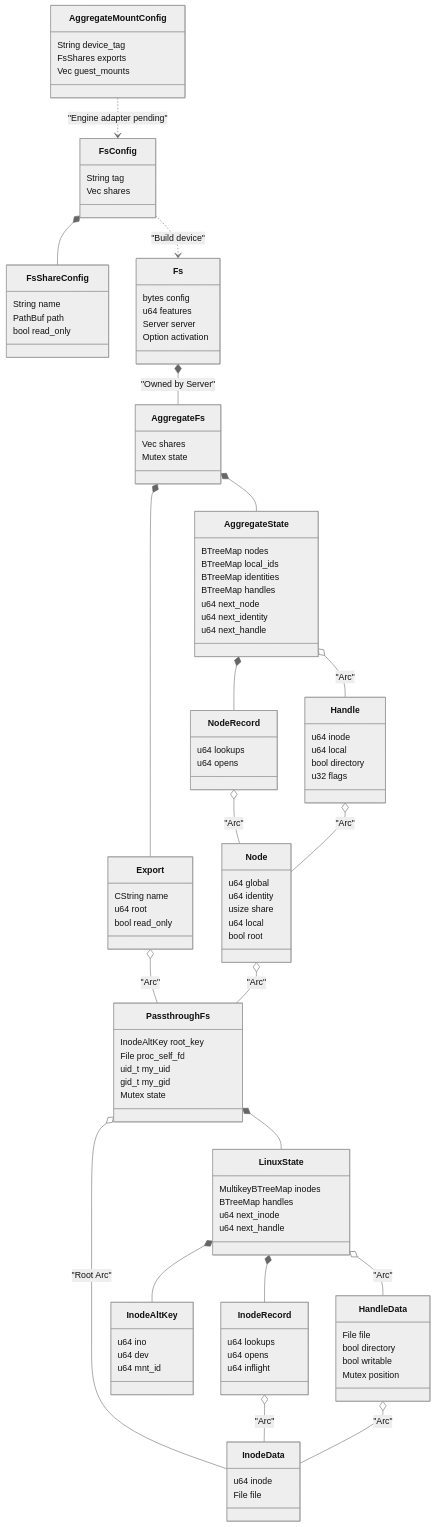
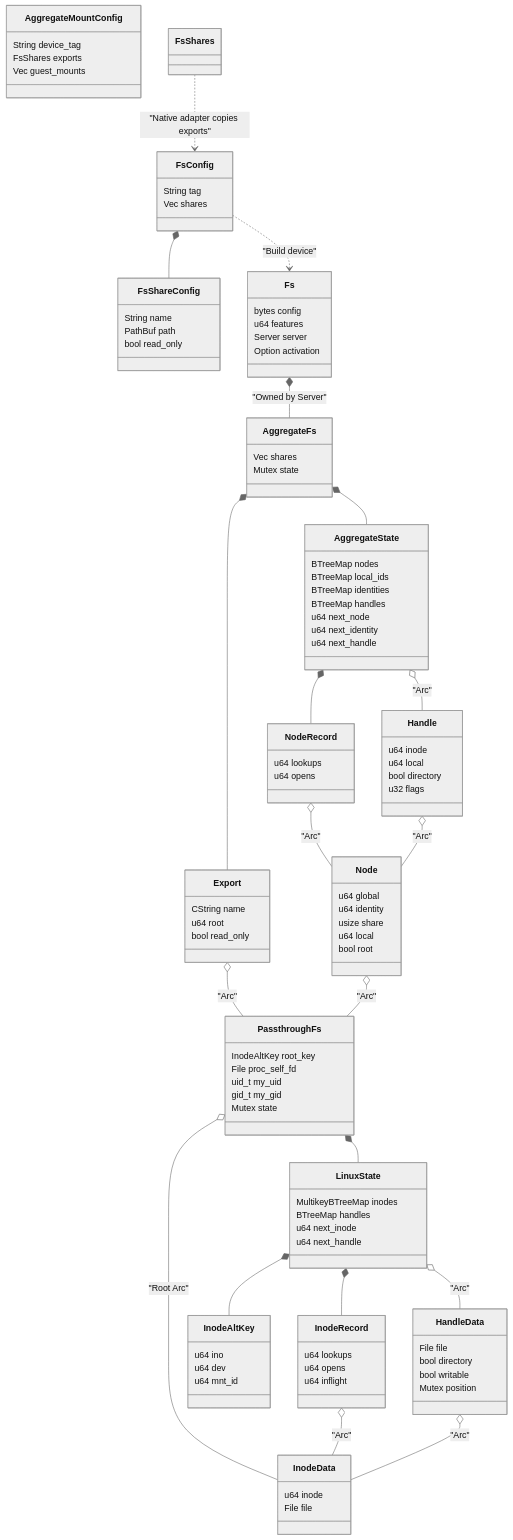
Before and after one commit to boxlite-ai/boxlite: the second of 5 diagrams in docs/contributing/architecture/vmm/virtio-fs.md, drawn with Mermaid (neutral theme). The commit also changed other lines of this file and 51 other files, not shown here.

```diff
--- a/docs/contributing/architecture/vmm/virtio-fs.md
+++ b/docs/contributing/architecture/vmm/virtio-fs.md
@@ -154,7 +155,7 @@
         bool writable
         Mutex position
     }
-    AggregateMountConfig ..> FsConfig : "Engine adapter pending"
+    FsShares ..> FsConfig : "Native adapter copies exports"
     FsConfig *-- FsShareConfig
     FsConfig ..> Fs : "Build device"
     Fs *-- AggregateFs : "Owned by Server"
```
